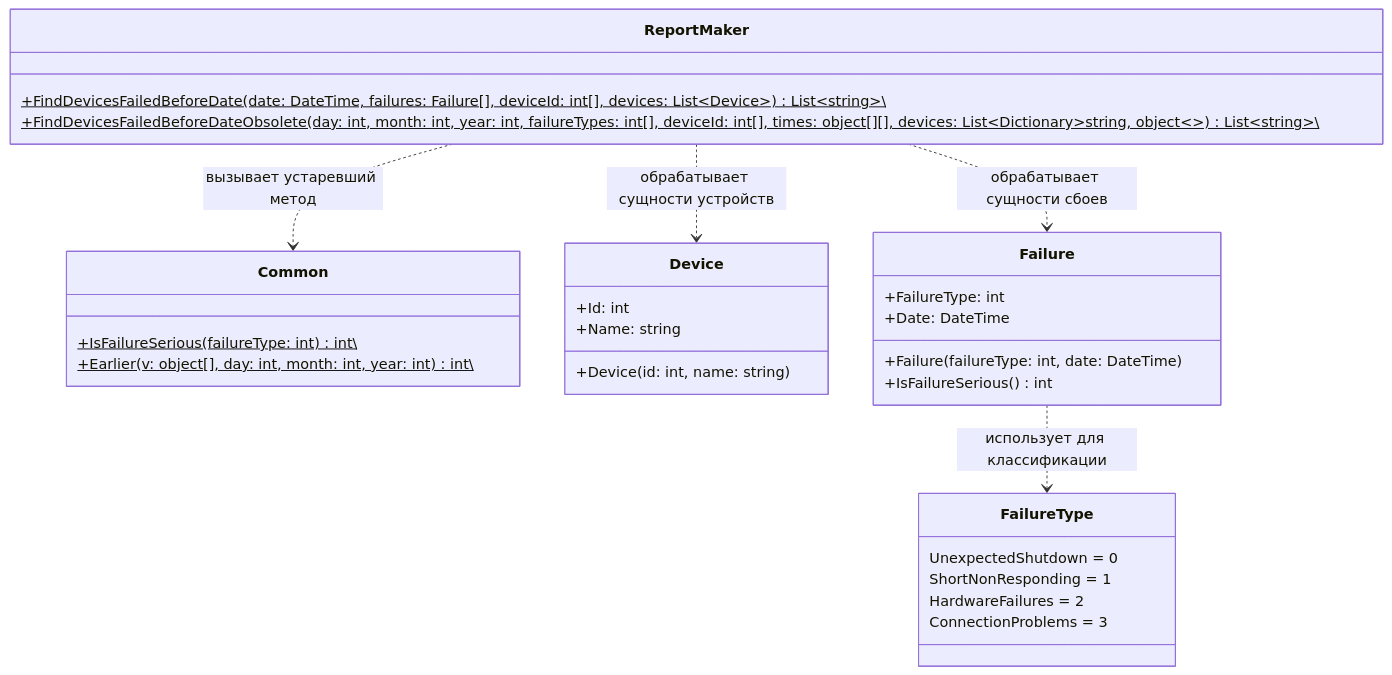
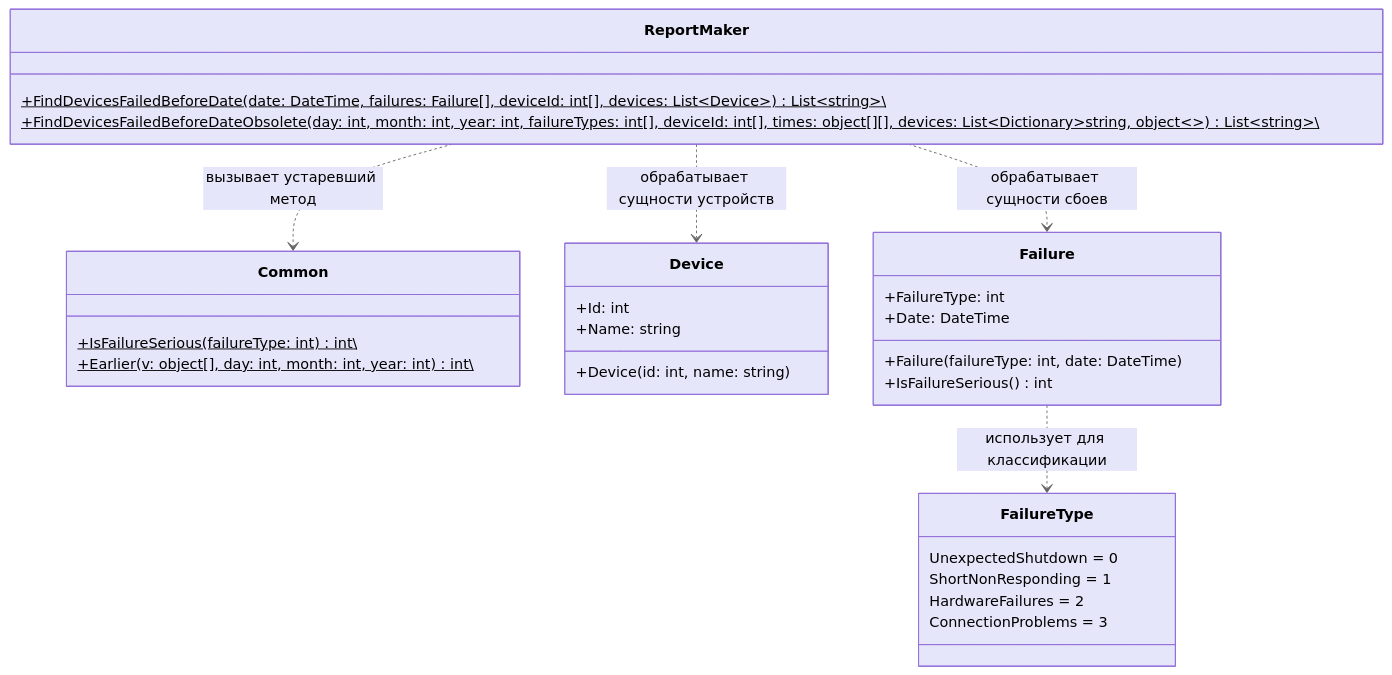
Before and after one commit to Du2Vi-lab/Ulearn-Tasks: the diagram in sboi.md, drawn with Mermaid.

````diff
--- a/sboi.md
+++ b/sboi.md
@@ -8,37 +8,48 @@
 ```mermaid
+%%{init: {
+  'theme': 'base',
+  'themeVariables': {
+    'primaryColor': '#E6E6FA',
+    'primaryTextColor': '#000000',
+    'primaryBorderColor': '#9370DB',
+    'lineColor': '#666666',
+    'secondaryColor': '#F5F5F5',
+    'tertiaryColor': '#FFFFFF'
+  }
+}}%%
 classDiagram
     class FailureType {
         UnexpectedShutdown = 0
         ShortNonResponding = 1
         HardwareFailures = 2
         ConnectionProblems = 3
     }
 
     class Common {
         +IsFailureSerious(failureType: int) int\$
         +Earlier(v: object[], day: int, month: int, year: int) int\$
     }
 
     class Device {
         +Id: int
         +Name: string
         +Device(id: int, name: string)
     }
 
     class Failure {
         +FailureType: int
         +Date: DateTime
         +Failure(failureType: int, date: DateTime)
         +IsFailureSerious() int
     }
 
     class ReportMaker {
         +FindDevicesFailedBeforeDate(date: DateTime, failures: Failure[], deviceId: int[], devices: List~Device~) List~string~\$
         +FindDevicesFailedBeforeDateObsolete(day: int, month: int, year: int, failureTypes: int[], deviceId: int[], times: object[][], devices: List~Dictionary~string, object~~) List~string~\$
     }
 
     ReportMaker ..> Common : вызывает устаревший метод
     ReportMaker ..> Device : обрабатывает сущности устройств
     ReportMaker ..> Failure : обрабатывает сущности сбоев
     Failure ..> FailureType : использует для классификации
 ```
````
